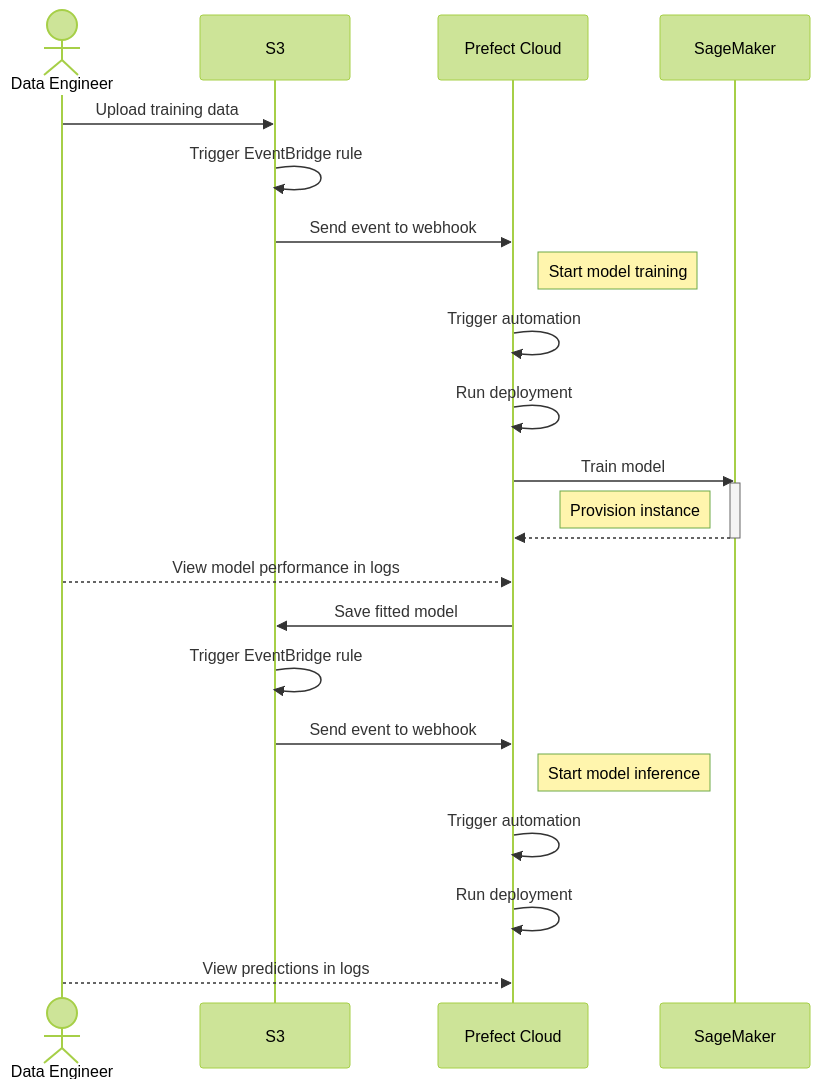
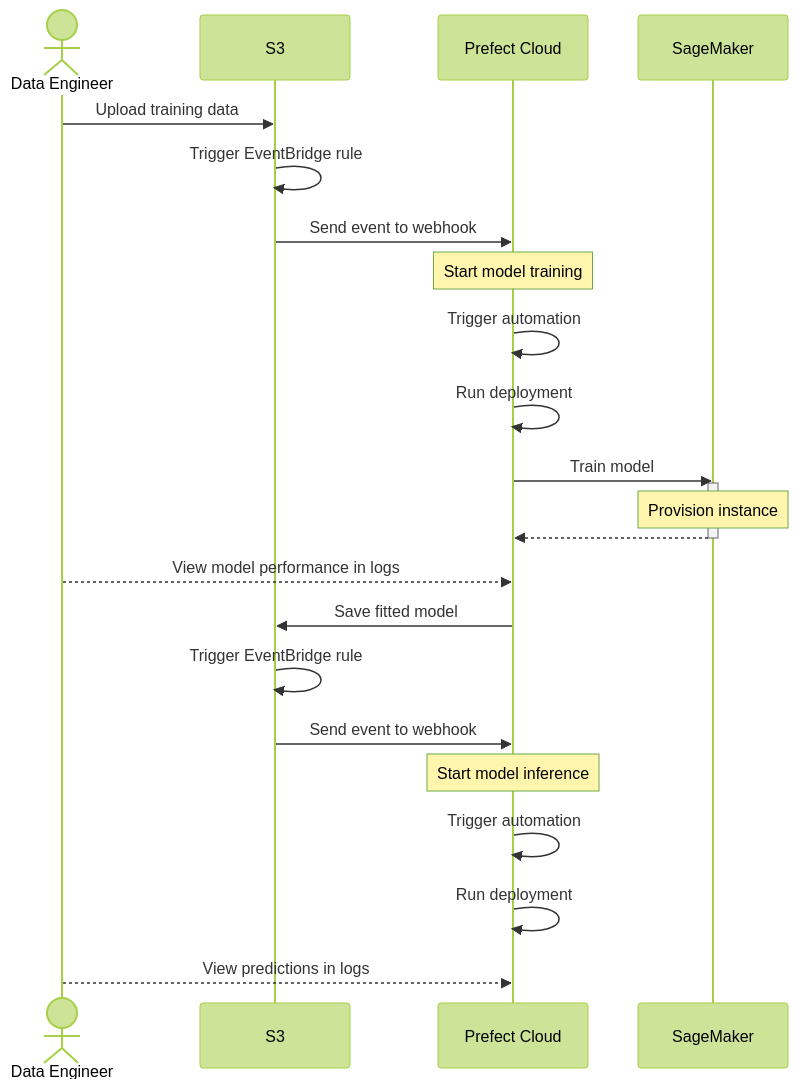
One commit to PrefectHQ/prefect changed the diagram in docs/v3/tutorials/ml.mdx. Above: the diagram before and after it, drawn with Mermaid (forest theme).

Commit message:
Position notes over the participant that they apply to

````diff
--- a/docs/v3/tutorials/ml.mdx
+++ b/docs/v3/tutorials/ml.mdx
@@ -10,23 +10,23 @@
 ```mermaid
 sequenceDiagram
     actor Data Engineer
     Data Engineer->>S3: Upload training data
     S3->>S3: Trigger EventBridge rule
     S3->>Prefect Cloud: Send event to webhook
-    Note right of Prefect Cloud: Start model training
+    Note over Prefect Cloud: Start model training
     Prefect Cloud->>Prefect Cloud: Trigger automation
     Prefect Cloud->>Prefect Cloud: Run deployment
     Prefect Cloud->>SageMaker: Train model
     activate SageMaker
-    Note left of SageMaker: Provision instance
+    Note over SageMaker: Provision instance
     SageMaker-->>Prefect Cloud: 
     deactivate SageMaker
     Data Engineer-->>Prefect Cloud: View model performance in logs
     Prefect Cloud->>S3: Save fitted model
     S3->>S3: Trigger EventBridge rule
     S3->>Prefect Cloud: Send event to webhook
-    Note right of Prefect Cloud: Start model inference
+    Note over Prefect Cloud: Start model inference
     Prefect Cloud->>Prefect Cloud: Trigger automation
     Prefect Cloud->>Prefect Cloud: Run deployment
     Data Engineer-->>Prefect Cloud: View predictions in logs
 ```
````
